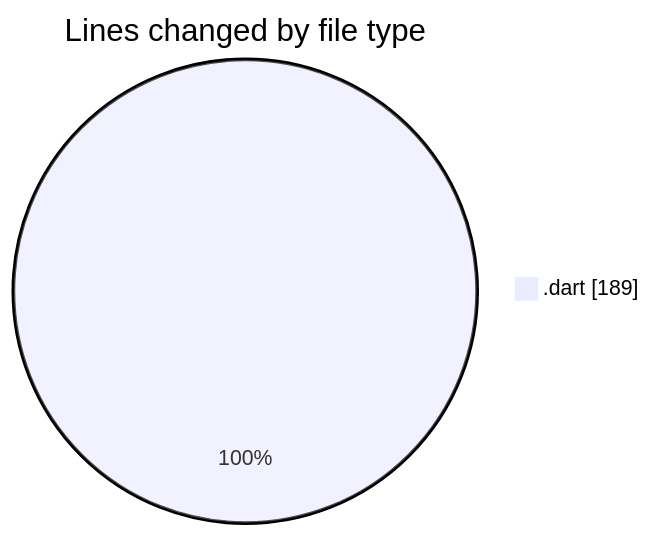
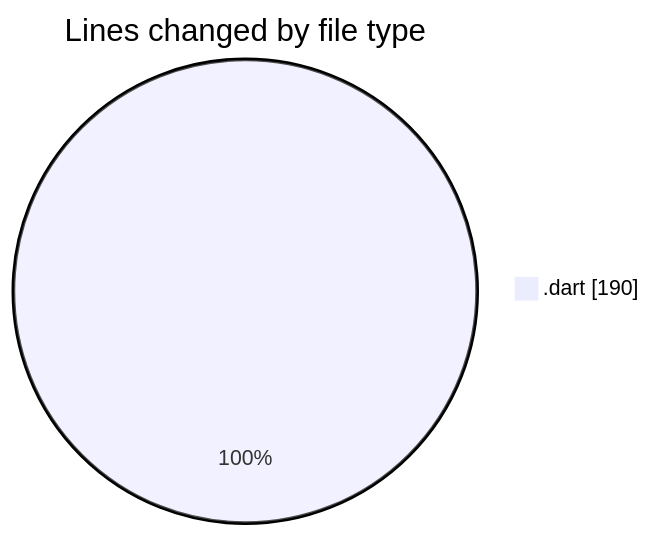
One commit to donsfak/code-tracking changed the first of 2 diagrams in 2025-01-09/maps_clone/README.md. Above: the diagram before and after it, drawn with Mermaid. The commit also changed other lines of this file and 1 other file, not shown here.

````diff
--- a/2025-01-09/maps_clone/README.md
+++ b/2025-01-09/maps_clone/README.md
@@ -20,5 +20,5 @@
 ```mermaid
 pie showData
 title Lines changed by file type
-".dart" : 189
+".dart" : 190
 ```
````
